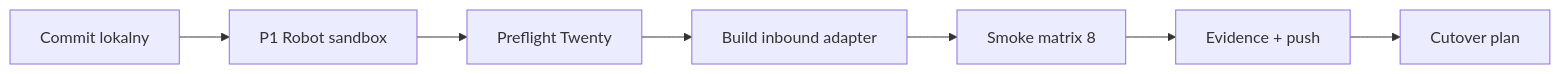
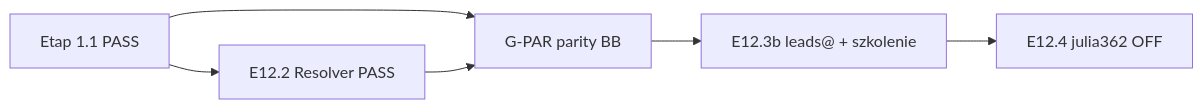
Before and after one commit to Owocni/owocni-crm-twenty: the diagram in integrations/runbooks/NEXT_STEPS.md, drawn with Mermaid. The commit also changed other lines of this file and 52 other files, not shown here.

````diff
--- a/integrations/runbooks/NEXT_STEPS.md
+++ b/integrations/runbooks/NEXT_STEPS.md
@@ -38,9 +30,8 @@
 ```mermaid
 flowchart LR
-  P0[Commit lokalny] --> P1[P1 Robot sandbox]
-  P1 --> P2[Preflight Twenty]
-  P2 --> P3[Build inbound adapter]
-  P3 --> P4[Smoke matrix 8]
-  P4 --> P5[Evidence + push]
-  P5 --> CUT[Cutover plan]
+  E11[Etap 1.1 PASS] --> GPAR[G-PAR parity BB]
+  GPAR --> E123[E12.3b leads@ + szkolenie]
+  E123 --> E124[E12.4 julia362 OFF]
+  E11 --> E12[E12.2 Resolver PASS]
+  E12 --> GPAR
 ```
````
